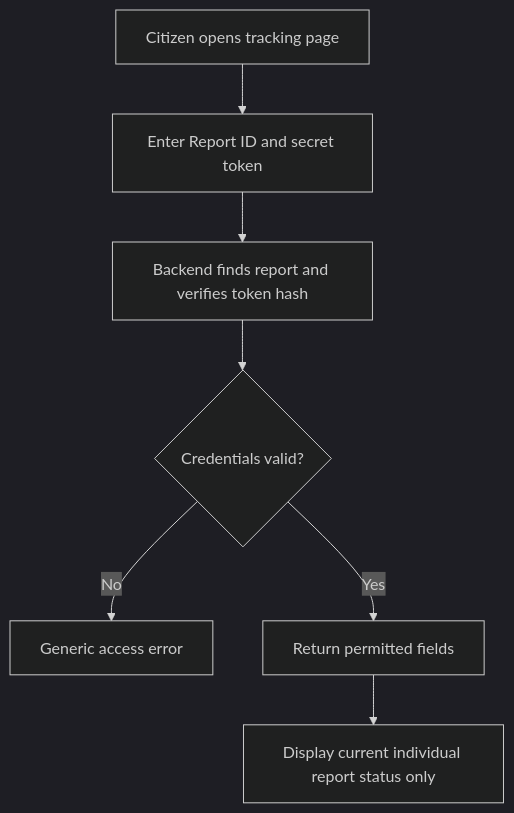
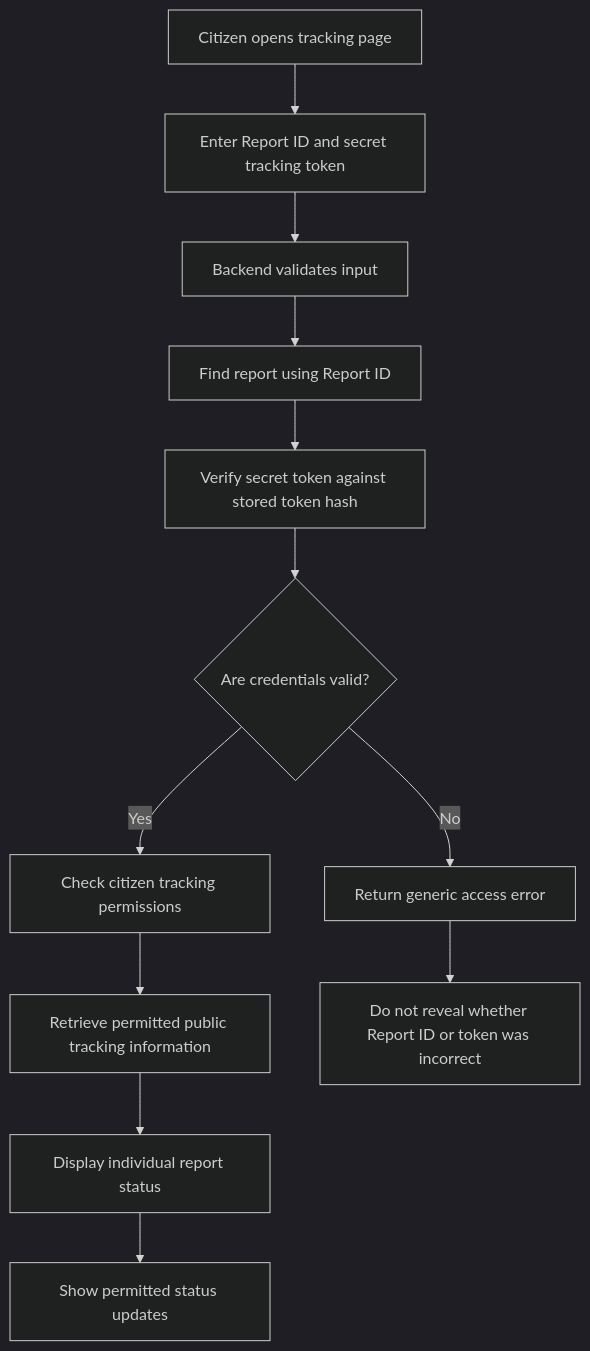
The second of 6 diagrams in docs/10_Workflows_and_Diagrams.md (NishitaSingh01/DisasterGuard), drawn with Mermaid (dark theme) before and after one commit. The commit also changed other lines of this file and 1 other file, not shown here.

````diff
--- a/docs/10_Workflows_and_Diagrams.md
+++ b/docs/10_Workflows_and_Diagrams.md
@@ -29,9 +56,17 @@
-``` mermaid
+```mermaid
 flowchart TD
-    A[Citizen opens tracking page] --> B[Enter Report ID and secret token]
-    B --> C[Backend finds report and verifies token hash]
-    C --> D{Credentials valid?}
-    D -->|No| E[Generic access error]
-    D -->|Yes| F[Return permitted fields]
-    F --> G[Display current individual report status only]
+    A[Citizen opens tracking page] --> B[Enter Report ID and secret tracking token]
+    B --> C[Backend validates input]
+    C --> D[Find report using Report ID]
+    D --> E[Verify secret token against stored token hash]
+    E --> F{Are credentials valid?}
+
+    F -->|No| G[Return generic access error]
+    F -->|Yes| H[Check citizen tracking permissions]
+
+    H --> I[Retrieve permitted public tracking information]
+    I --> J[Display individual report status]
+    J --> K[Show permitted status updates]
+
+    G --> L[Do not reveal whether Report ID or token was incorrect]
 ```
````
